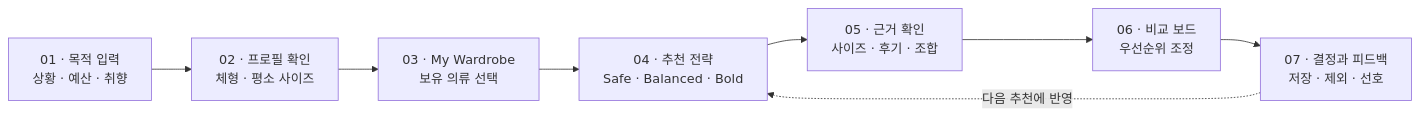
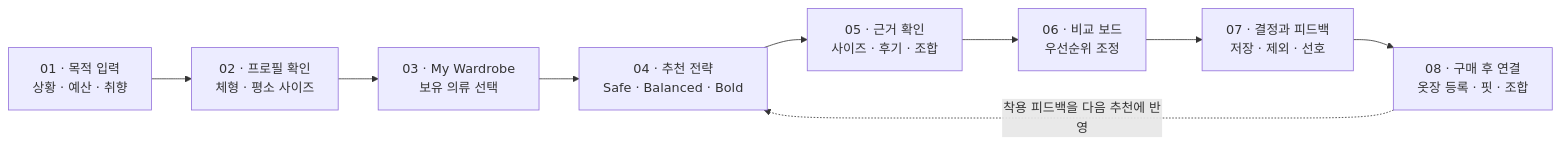
The first of 2 diagrams in README.md (kimwooyoung-wq/fitwise), drawn with Mermaid before and after one commit. The commit also changed other lines of this file and 10 other files, not shown here.

````diff
--- a/README.md
+++ b/README.md
@@ -58,10 +58,11 @@
 ```mermaid
 flowchart LR
     A["01 · 목적 입력<br/>상황 · 예산 · 취향"] --> B["02 · 프로필 확인<br/>체형 · 평소 사이즈"]
     B --> C["03 · My Wardrobe<br/>보유 의류 선택"]
     C --> D["04 · 추천 전략<br/>Safe · Balanced · Bold"]
     D --> E["05 · 근거 확인<br/>사이즈 · 후기 · 조합"]
     E --> F["06 · 비교 보드<br/>우선순위 조정"]
     F --> G["07 · 결정과 피드백<br/>저장 · 제외 · 선호"]
-    G -. "다음 추천에 반영" .-> D
+    G --> H["08 · 구매 후 연결<br/>옷장 등록 · 핏 · 조합"]
+    H -. "착용 피드백을 다음 추천에 반영" .-> D
 ```
````
